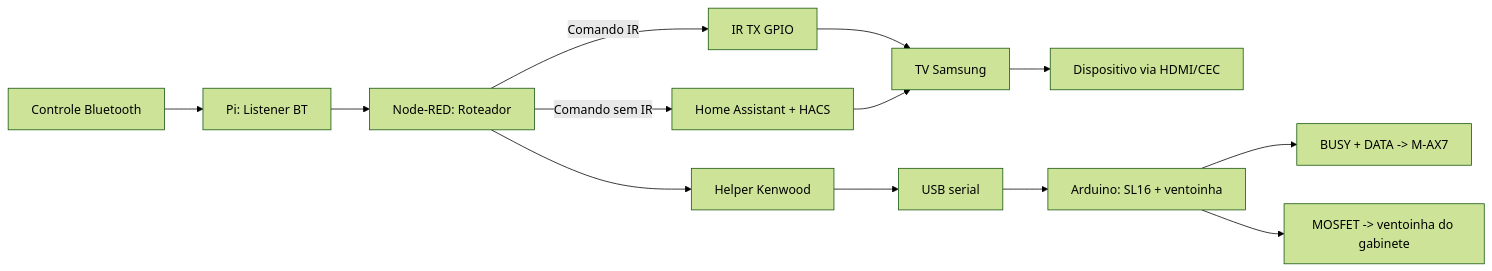
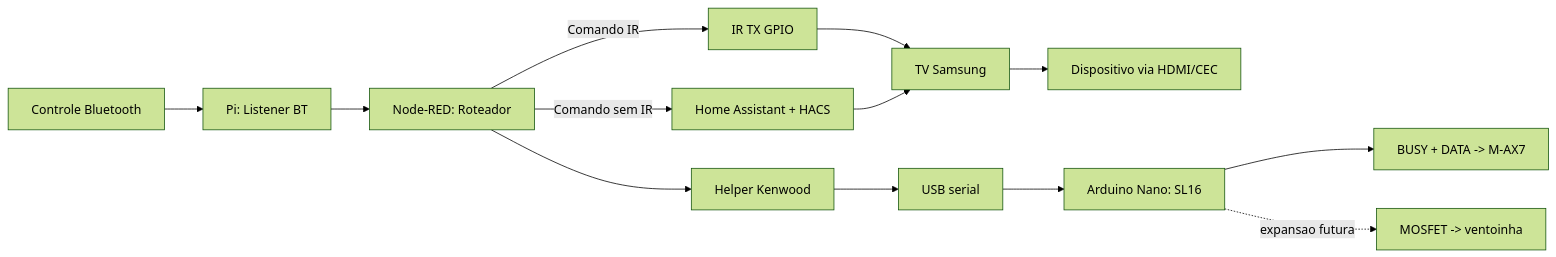
The diagram in docs/architecture/control-flows.md (Elvis-Christian/PiCeiver), drawn with Mermaid (forest theme) before and after one commit. The commit also changed other lines of this file and 7 other files, not shown here.

````diff
--- a/docs/architecture/control-flows.md
+++ b/docs/architecture/control-flows.md
@@ -72,15 +72,15 @@
 ```mermaid
 flowchart LR
   RC["Controle Bluetooth"] --> PI["Pi: Listener BT"]
   PI --> NR["Node-RED: Roteador"]
   NR -->|Comando IR| IR["IR TX GPIO"]
   IR --> TV["TV Samsung"]
   TV --> DEV["Dispositivo via HDMI/CEC"]
   NR -->|Comando sem IR| HA["Home Assistant + HACS"]
   HA --> TV
   NR --> KWH["Helper Kenwood"]
   KWH --> USB["USB serial"]
-  USB --> UNO["Arduino: SL16 + ventoinha"]
-  UNO --> AMP["BUSY + DATA -> M-AX7"]
-  UNO --> FAN["MOSFET -> ventoinha do gabinete"]
+  USB --> NANO["Arduino Nano: SL16"]
+  NANO --> AMP["BUSY + DATA -> M-AX7"]
+  NANO -.->|"expansao futura"| FAN["MOSFET -> ventoinha"]
 ```
````
